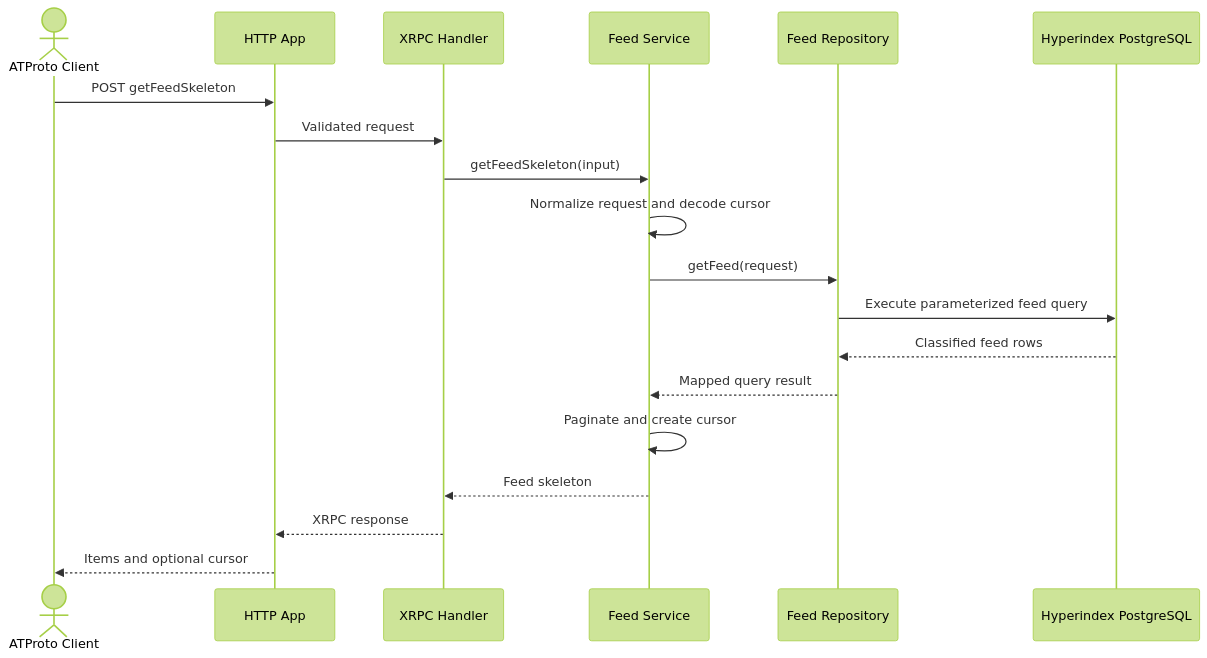
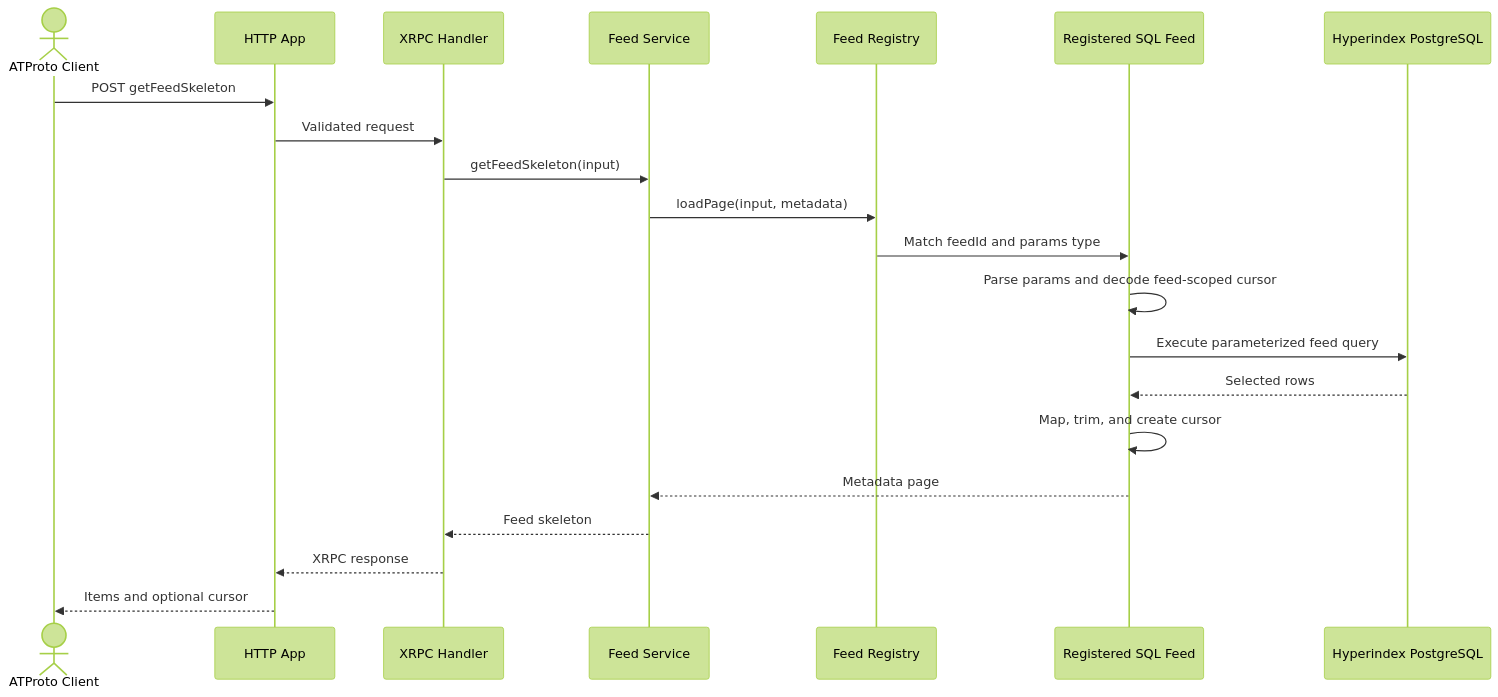
One commit to hypercerts-org/certified-feed-service changed the diagram in README.md. Above: the diagram before and after it, drawn with Mermaid (forest theme). The commit also changed other lines of this file and 26 other files, not shown here.

First line of the commit message:
feed: add registry-backed SQL feed definitions

````diff
--- a/README.md
+++ b/README.md
@@ -54,22 +60,24 @@
 ```mermaid
 sequenceDiagram
     actor Client as ATProto Client
     participant HTTP as HTTP App
     participant XRPC as XRPC Handler
     participant Service as Feed Service
-    participant Repo as Feed Repository
+    participant Registry as Feed Registry
+    participant Feed as Registered SQL Feed
     participant DB as Hyperindex PostgreSQL
 
     Client->>HTTP: POST getFeedSkeleton
     HTTP->>XRPC: Validated request
     XRPC->>Service: getFeedSkeleton(input)
-    Service->>Service: Normalize request and decode cursor
-    Service->>Repo: getFeed(request)
-    Repo->>DB: Execute parameterized feed query
-    DB-->>Repo: Classified feed rows
-    Repo-->>Service: Mapped query result
-    Service->>Service: Paginate and create cursor
+    Service->>Registry: loadPage(input, metadata)
+    Registry->>Feed: Match feedId and params type
+    Feed->>Feed: Parse params and decode feed-scoped cursor
+    Feed->>DB: Execute parameterized feed query
+    DB-->>Feed: Selected rows
+    Feed->>Feed: Map, trim, and create cursor
+    Feed-->>Service: Metadata page
     Service-->>XRPC: Feed skeleton
     XRPC-->>HTTP: XRPC response
     HTTP-->>Client: Items and optional cursor
 ```
````
